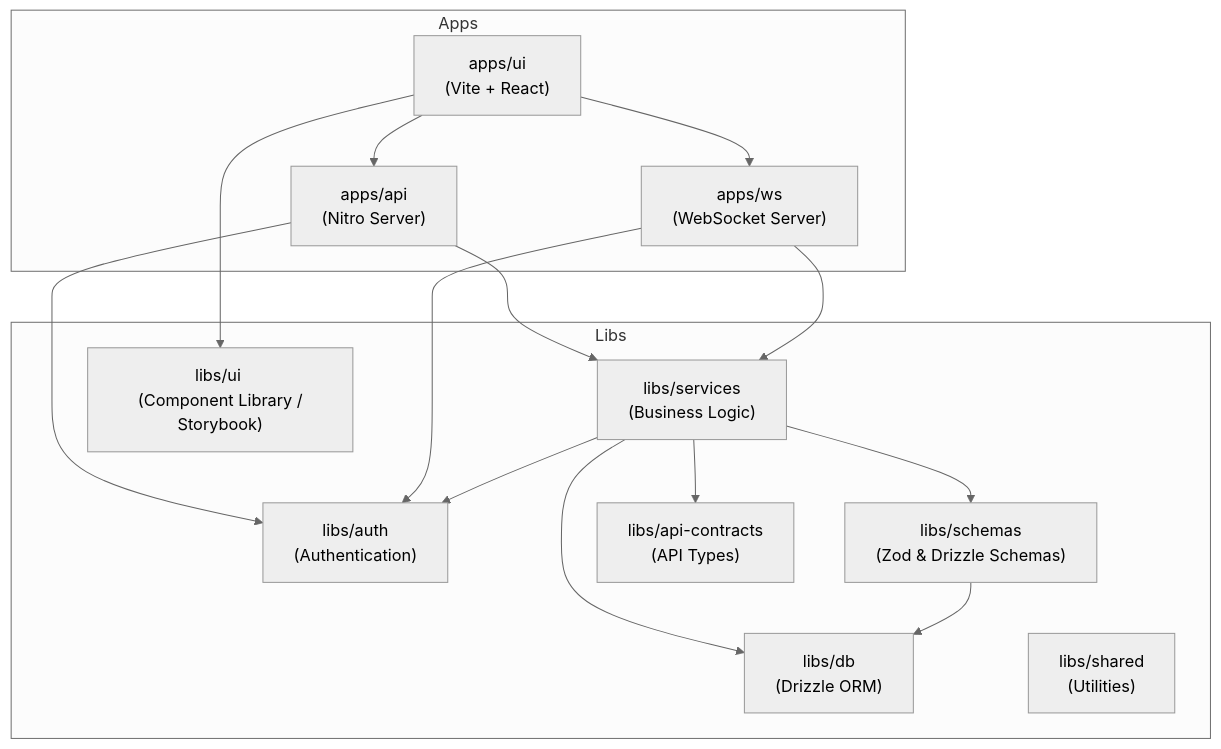
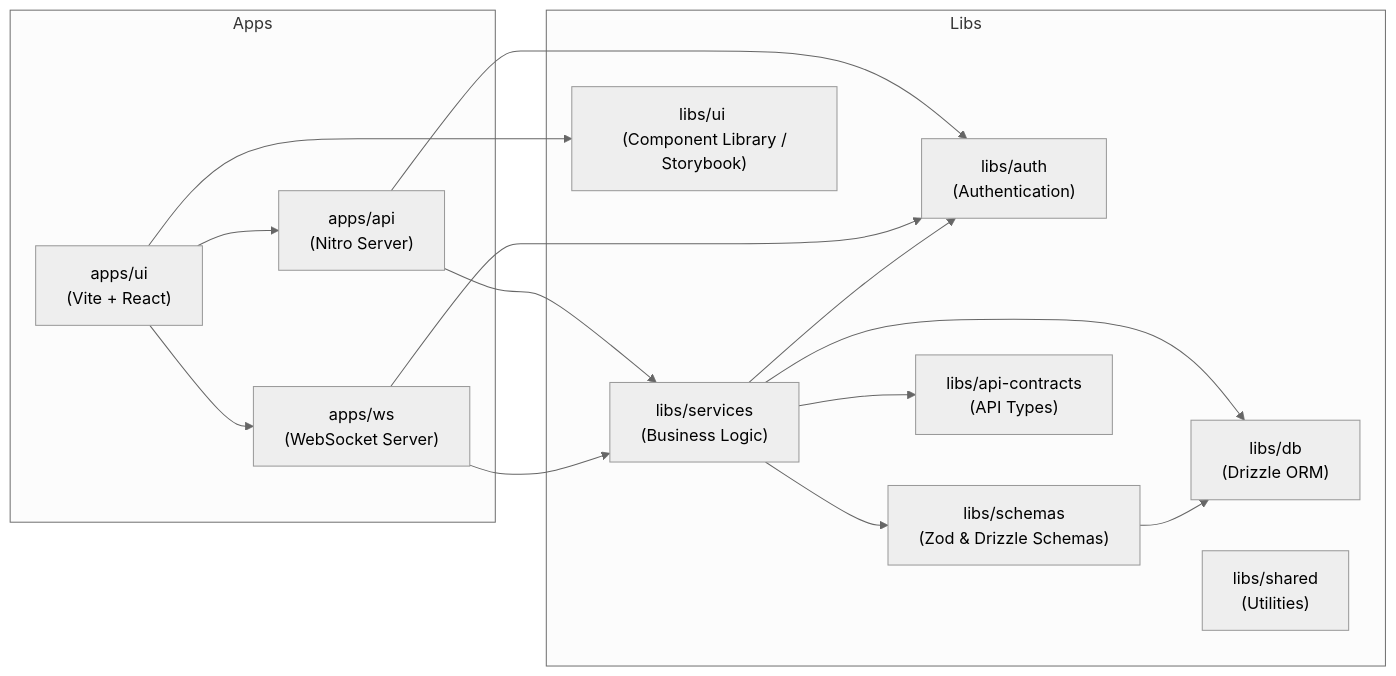
One commit to abcdmku/agentMonorepo changed the diagram in README.md. Above: the diagram before and after it, drawn with Mermaid (neutral theme).

````diff
--- a/README.md
+++ b/README.md
@@ -9,38 +9,38 @@
 ```mermaid
-graph TD
+graph LR
     %% Apps
     subgraph Apps
         API["apps/api <br/> (Nitro Server)"]
         UI["apps/ui <br/> (Vite + React)"]
         WS["apps/ws <br/> (WebSocket Server)"]
     end
 
     %% Libs
     subgraph Libs
         Auth["libs/auth <br/> (Authentication)"]
         DB["libs/db <br/> (Drizzle ORM)"]
         Schemas["libs/schemas <br/> (Zod & Drizzle Schemas)"]
         Services["libs/services <br/> (Business Logic)"]
         Shared["libs/shared <br/> (Utilities)"]
         UILib["libs/ui <br/> (Component Library / Storybook)"]
         Contracts["libs/api-contracts <br/> (API Types)"]
     end
 
     %% Dependencies
     UI --> API
     UI --> WS
     UI --> UILib
     API --> Services
     API --> Auth
     WS --> Services
     WS --> Auth
     
     Services --> Schemas
     Services --> DB
     Services --> Auth
     Services --> Contracts
     
     Schemas --> DB
     
     %% Note: Indirect deps or shared utils might be used widely
 ```
````
